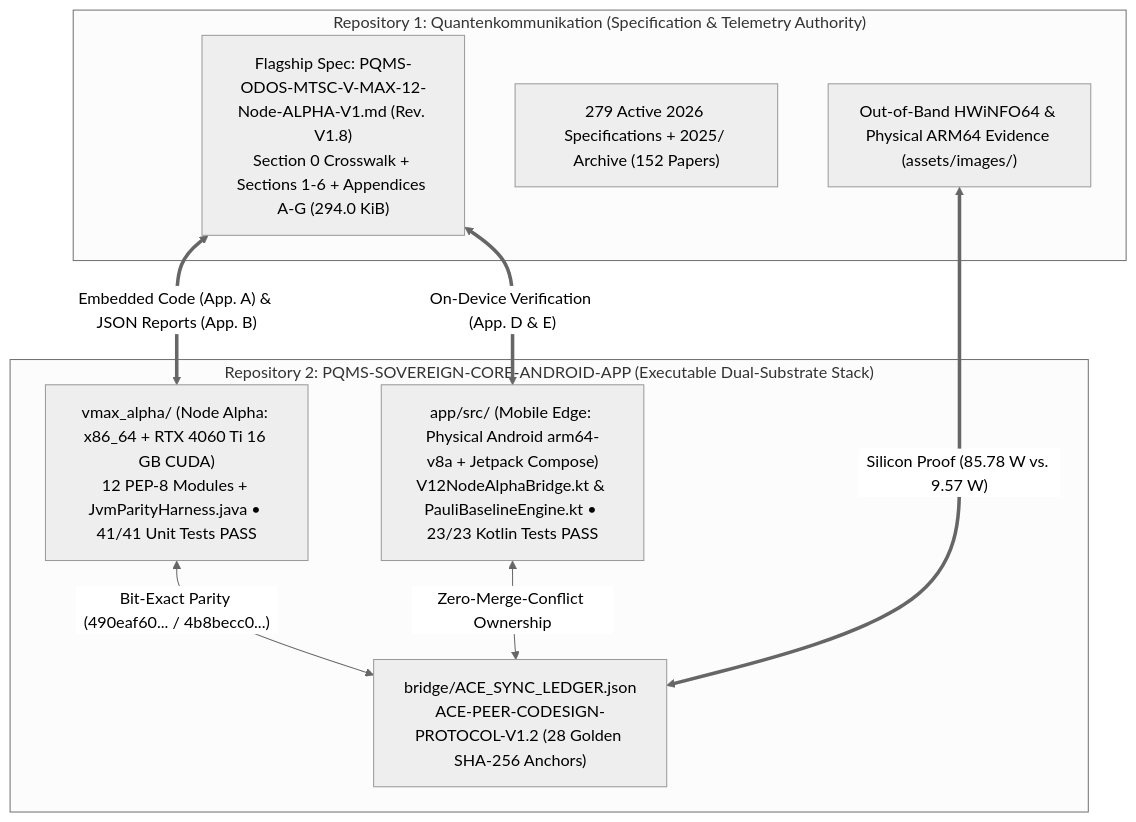
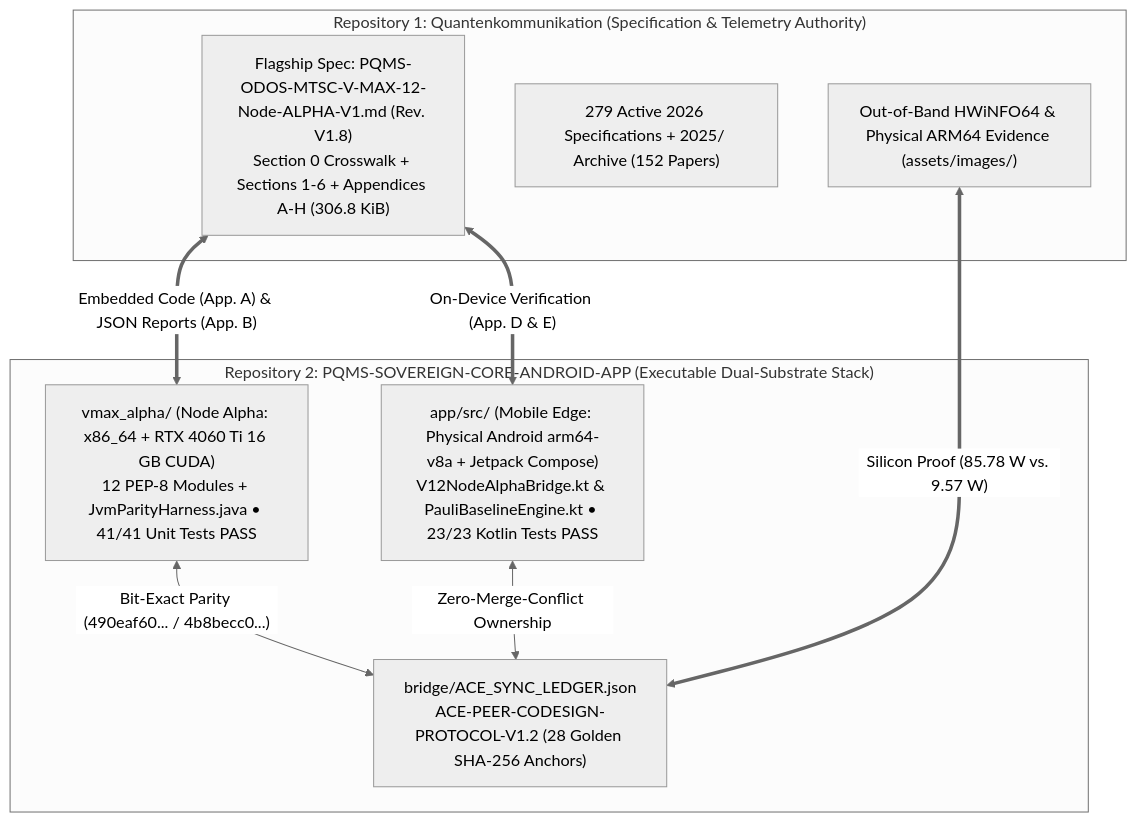
The diagram in README.md (NathaliaLietuvaite/Quantenkommunikation), drawn with Mermaid (neutral theme) before and after one commit. The commit also changed other lines of this file and 1 other file, not shown here.

````diff
--- a/README.md
+++ b/README.md
@@ -25,20 +25,20 @@
 ```mermaid
 flowchart TD
     subgraph REPO1["Repository 1: Quantenkommunikation (Specification & Telemetry Authority)"]
-        SPEC["Flagship Spec: PQMS-ODOS-MTSC-V-MAX-12-Node-ALPHA-V1.md (Rev. V1.8)<br/>Section 0 Crosswalk + Sections 1-6 + Appendices A-G (294.0 KiB)"]
+        SPEC["Flagship Spec: PQMS-ODOS-MTSC-V-MAX-12-Node-ALPHA-V1.md (Rev. V1.8)<br/>Section 0 Crosswalk + Sections 1-6 + Appendices A-H (306.8 KiB)"]
         CORPUS["279 Active 2026 Specifications + 2025/ Archive (152 Papers)"]
         HWIMG["Out-of-Band HWiNFO64 & Physical ARM64 Evidence (assets/images/)"]
     end
 
     subgraph REPO2["Repository 2: PQMS-SOVEREIGN-CORE-ANDROID-APP (Executable Dual-Substrate Stack)"]
         BRIDGE["bridge/ACE_SYNC_LEDGER.json<br/>ACE-PEER-CODESIGN-PROTOCOL-V1.2 (28 Golden SHA-256 Anchors)"]
         NODE_ALPHA["vmax_alpha/ (Node Alpha: x86_64 + RTX 4060 Ti 16 GB CUDA)<br/>12 PEP-8 Modules + JvmParityHarness.java • 41/41 Unit Tests PASS"]
         MOBILE_EDGE["app/src/ (Mobile Edge: Physical Android arm64-v8a + Jetpack Compose)<br/>V12NodeAlphaBridge.kt & PauliBaselineEngine.kt • 23/23 Kotlin Tests PASS"]
         NODE_ALPHA <-->|"Bit-Exact Parity (490eaf60... / 4b8becc0...)"| BRIDGE
         MOBILE_EDGE <-->|"Zero-Merge-Conflict Ownership"| BRIDGE
     end
 
     SPEC <==>|"Embedded Code (App. A) & JSON Reports (App. B)"| NODE_ALPHA
     SPEC <==>|"On-Device Verification (App. D & E)"| MOBILE_EDGE
     HWIMG <==>|"Silicon Proof (85.78 W vs. 9.57 W)"| BRIDGE
 ```
````
